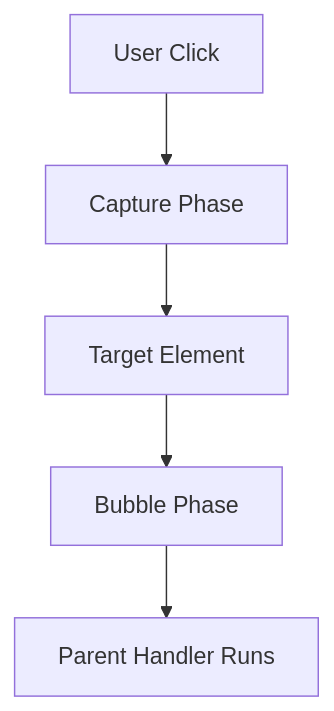
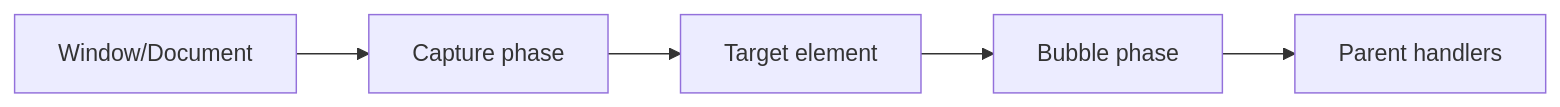
One commit to AbhishekDhone7/javascript-git-basics changed diagram 32 of 39 in JavaScript-Beginners-Guide.md. Above: the diagram before and after it, drawn with Mermaid. The commit also changed other lines of this file, not shown here.

````diff
--- a/JavaScript-Beginners-Guide.md
+++ b/JavaScript-Beginners-Guide.md
@@ -4213,7 +4321,7 @@
 ```mermaid
-flowchart TD
-A[User Click] --> B[Capture Phase]
-B --> C[Target Element]
-C --> D[Bubble Phase]
-D --> E[Parent Handler Runs]
+flowchart LR
+A[Window/Document] --> B[Capture phase]
+B --> C[Target element]
+C --> D[Bubble phase]
+D --> E[Parent handlers]
 ```
````
